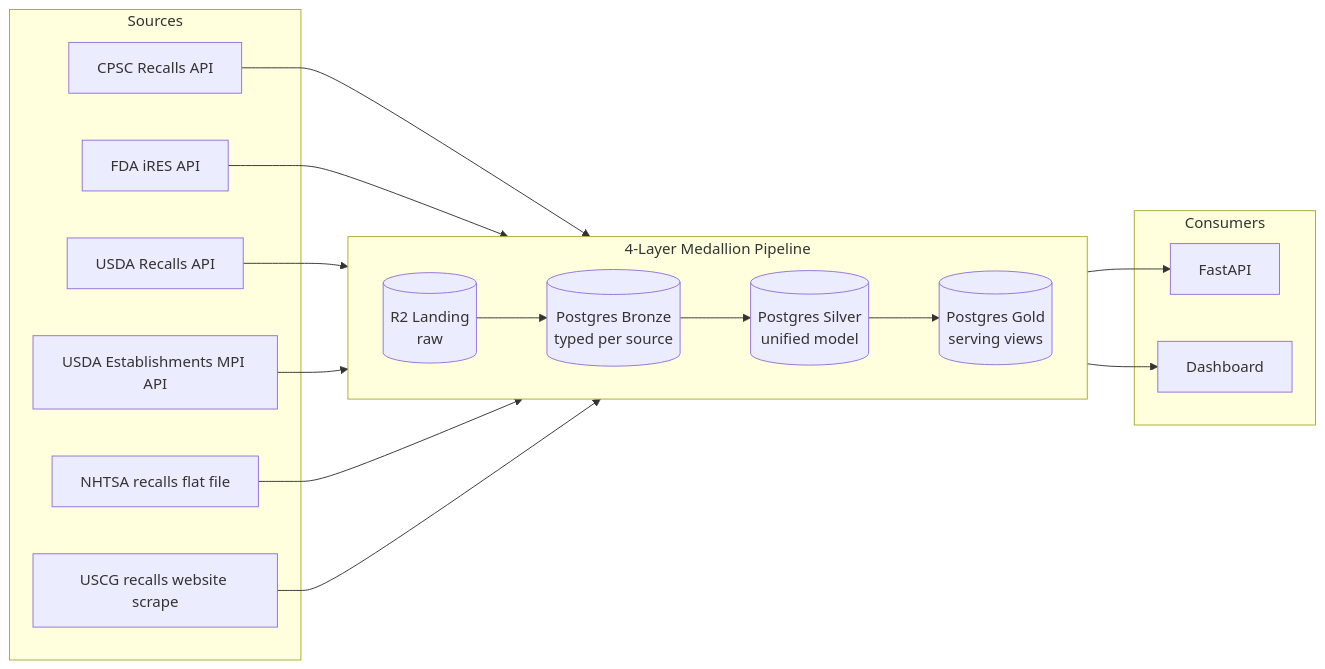
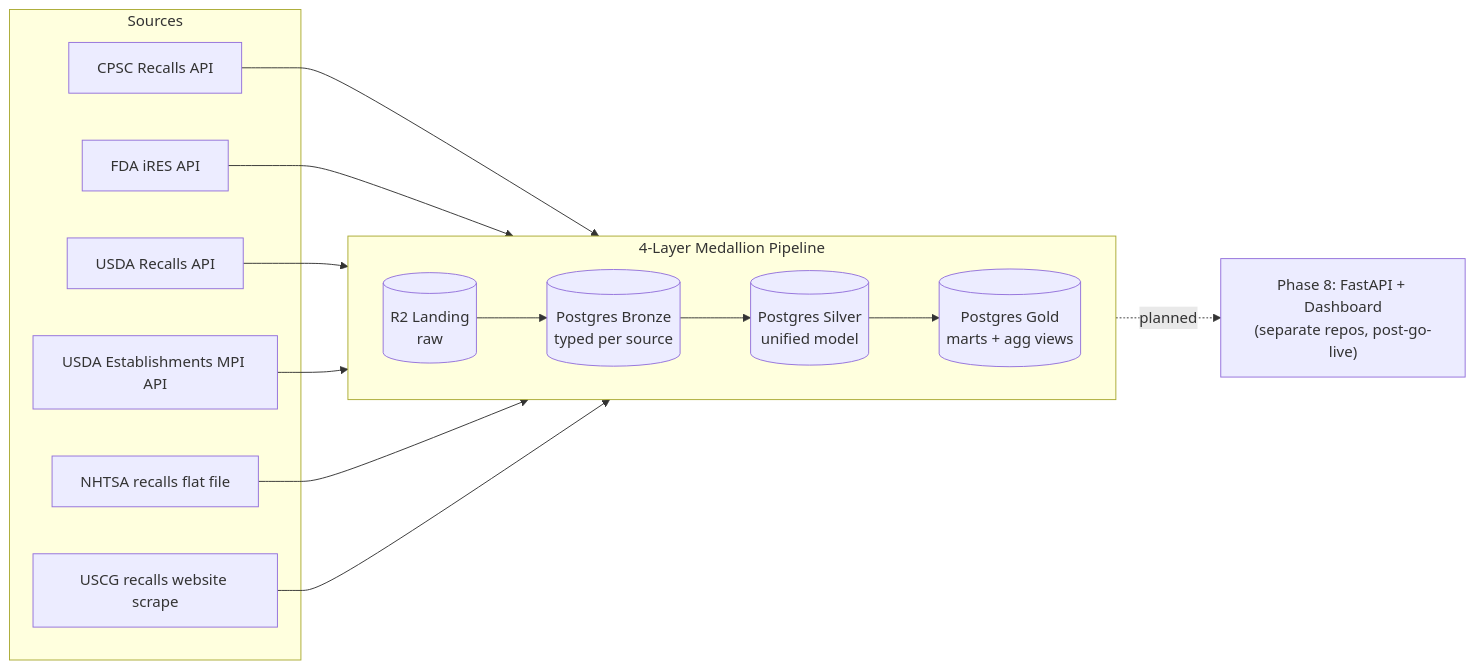
One commit to justanesta/consumer-product-recalls changed the diagram in README.md. Above: the diagram before and after it, drawn with Mermaid. The commit also changed other lines of this file and 41 other files, not shown here.

Commit message:
docs: pre-go-live sweep + closeouts — propagate serving-layer/role/dedup/CPSC-key/presence changes, ADR 0038 post-hooks amendment, archive fda-press-release-seed-plan, FDA PRODUCTID full-corpus baseline, post-go-live residual-validation runbook

````diff
--- a/README.md
+++ b/README.md
@@ -9,35 +9,31 @@
 ```mermaid
 flowchart LR
     subgraph sources[Sources]
         CPSC[CPSC Recalls API]
         FDA[FDA iRES API]
         USDA[USDA Recalls API]
         USDAEST[USDA Establishments MPI API]
         NHTSA[NHTSA recalls flat file]
         USCG[USCG recalls website scrape]
     end
 
     subgraph pipeline[4-Layer Medallion Pipeline]
         direction LR
         R2[(R2 Landing<br/>raw)]
         BR[(Postgres Bronze<br/>typed per source)]
         SV[(Postgres Silver<br/>unified model)]
-        GD[(Postgres Gold<br/>serving views)]
+        GD[(Postgres Gold<br/>marts + agg views)]
         R2 --> BR --> SV --> GD
     end
 
-    subgraph consumers[Consumers]
-        API[FastAPI]
-        UI[Dashboard]
-    end
+    FUTURE["Phase 8: FastAPI + Dashboard<br/>(separate repos, post-go-live)"]
 
     CPSC --> R2
     FDA --> R2
     USDA --> R2
     USDAEST --> R2
     NHTSA --> R2
     USCG --> R2
 
-    GD --> API
-    GD --> UI
+    GD -.->|planned| FUTURE
 ```
````
